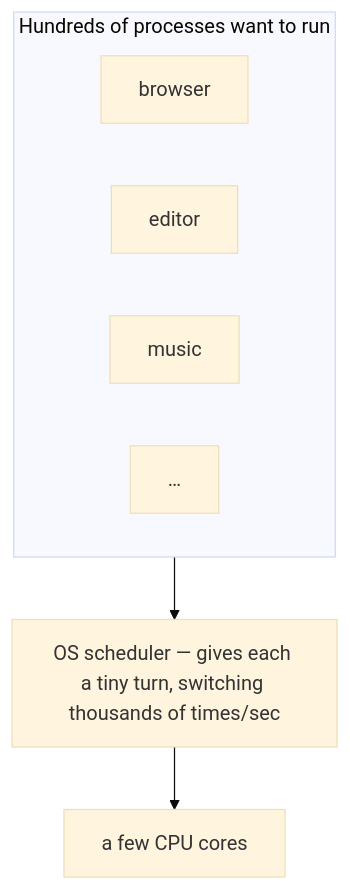
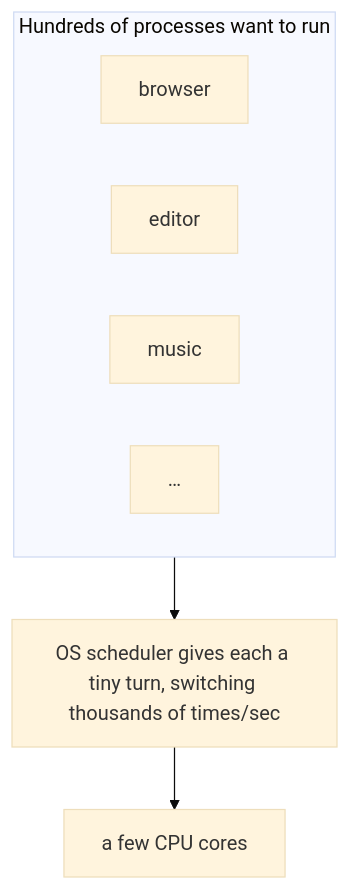
The first of 2 diagrams in docs/m4-inside-the-os/notes.md (ThinkTechConsultingLLC/under-the-hood-course), drawn with Mermaid (base theme) before and after one commit. The commit also changed other lines of this file, not shown here.

````diff
--- a/docs/m4-inside-the-os/notes.md
+++ b/docs/m4-inside-the-os/notes.md
@@ -15,8 +15,8 @@
 ```mermaid
 flowchart TB
   subgraph P["Hundreds of processes want to run"]
     a["browser"]; b["editor"]; c["music"]; d["…"]
   end
-  P --> SCH["OS scheduler — gives each a tiny turn, switching thousands of times/sec"]
+  P --> SCH["OS scheduler gives each a tiny turn, switching thousands of times/sec"]
   SCH --> CORES["a few CPU cores"]
 ```
````
